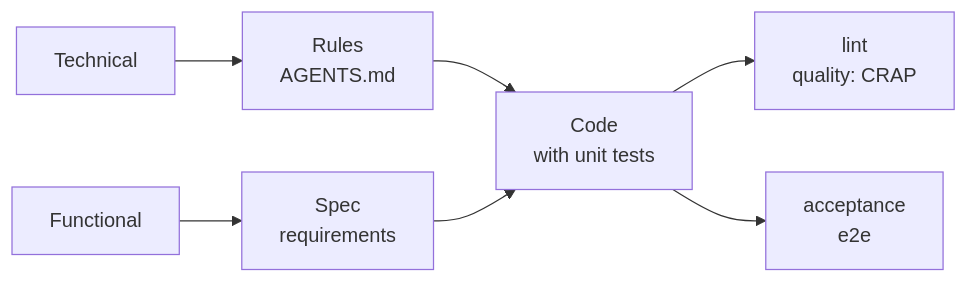
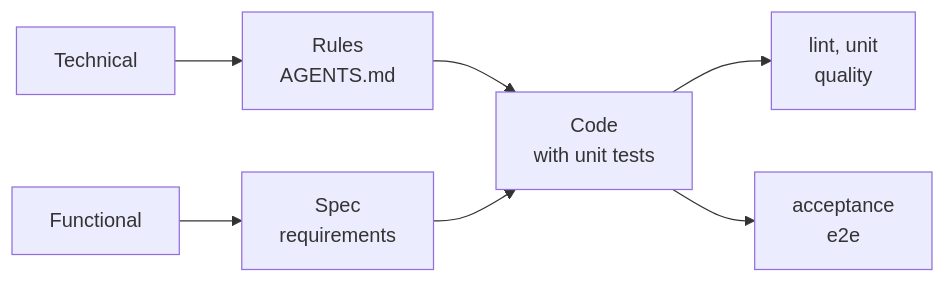
One commit to AIDDbot/AIDDbot changed the diagram in docs/engineering/README.md. Above: the diagram before and after it, drawn with Mermaid. The commit also changed other lines of this file and 9 other files, not shown here.

````diff
--- a/docs/engineering/README.md
+++ b/docs/engineering/README.md
@@ -15,9 +15,9 @@
 ```mermaid
 flowchart LR
     TECH[Technical] --> rules[Rules<br/>AGENTS.md]
     FUNC[Functional] --> spec[Spec<br/>requirements]
     rules --> CODE[Code<br/>with unit tests]
     spec --> CODE
-    CODE --> techCheck[lint<br/>quality: CRAP]
+    CODE --> techCheck[lint, unit<br/>quality]
     CODE --> specCheck[acceptance<br/>e2e]
 ```
````
